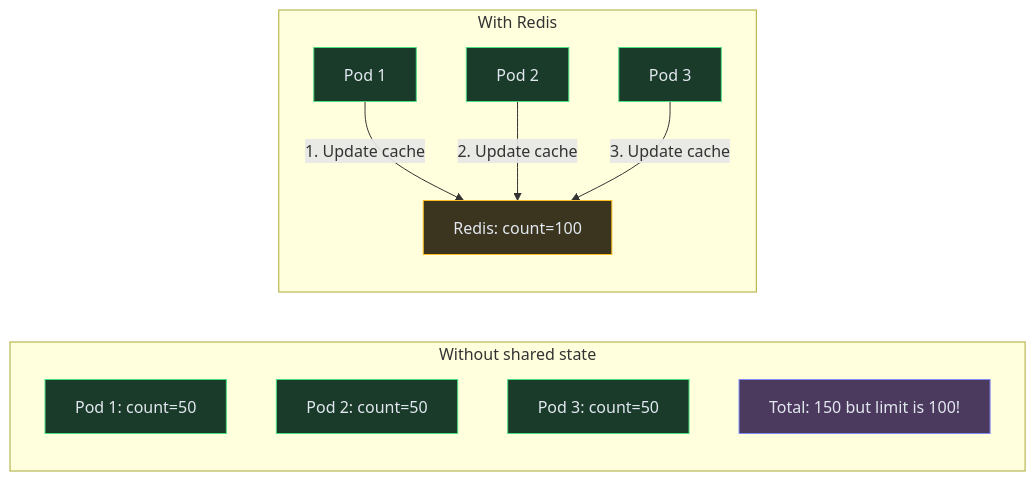
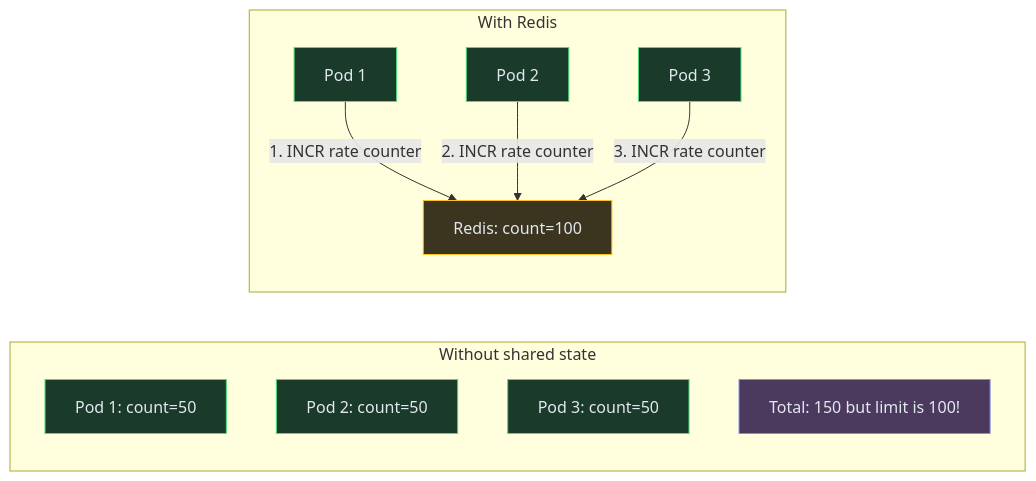
Before and after one commit to iluzn/HLD-Designs: diagram 13 of 15 in content/hld/RateLimiter.md, drawn with Mermaid. The commit also changed other lines of this file and 27 other files, not shown here.

````diff
--- a/content/hld/RateLimiter.md
+++ b/content/hld/RateLimiter.md
@@ -626,23 +626,23 @@
 ```mermaid
 flowchart LR
     subgraph Problem["Without shared state"]
         P1["Pod 1: count=50"]:::service
         P2["Pod 2: count=50"]:::service
         P3["Pod 3: count=50"]:::service
         TOTAL["Total: 150 but limit is 100!"]:::client
     end
 
     subgraph Solution["With Redis"]
         R1["Pod 1"]:::service
         R2["Pod 2"]:::service
         R3["Pod 3"]:::service
         REDIS["Redis: count=100"]:::data
-        R1 -->|"1. Update cache"| REDIS
-        R2 -->|"2. Update cache"| REDIS
-        R3 -->|"3. Update cache"| REDIS
+        R1 -->|"1. INCR rate counter"| REDIS
+        R2 -->|"2. INCR rate counter"| REDIS
+        R3 -->|"3. INCR rate counter"| REDIS
     end
 
     classDef client fill:#4c3a5e,stroke:#818cf8,color:#e2e8f0
     classDef service fill:#1a3a2a,stroke:#4ade80,color:#e2e8f0
     classDef data fill:#3b3520,stroke:#fbbf24,color:#e2e8f0
 ```
````
